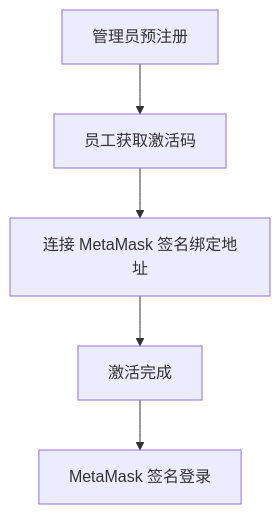
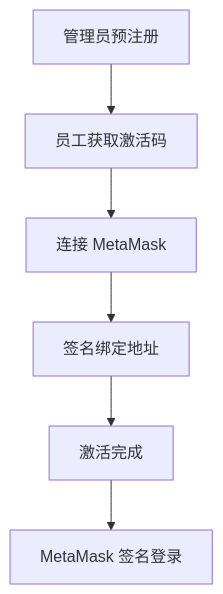
The first of 3 diagrams in README.md (Roamingen/aero-evidence), drawn with Mermaid before and after one commit. The commit also changed other lines of this file, not shown here.

````diff
--- a/README.md
+++ b/README.md
@@ -246,7 +249,8 @@
 ```mermaid
-graph TD
+flowchart TD
     A[管理员预注册] --> B[员工获取激活码]
-    B --> C[连接 MetaMask 签名绑定地址]
-    C --> D[激活完成]
-    D --> E[MetaMask 签名登录]
+    B --> C[连接 MetaMask]
+    C --> D[签名绑定地址]
+    D --> E[激活完成]
+    E --> F[MetaMask 签名登录]
 ```
````
